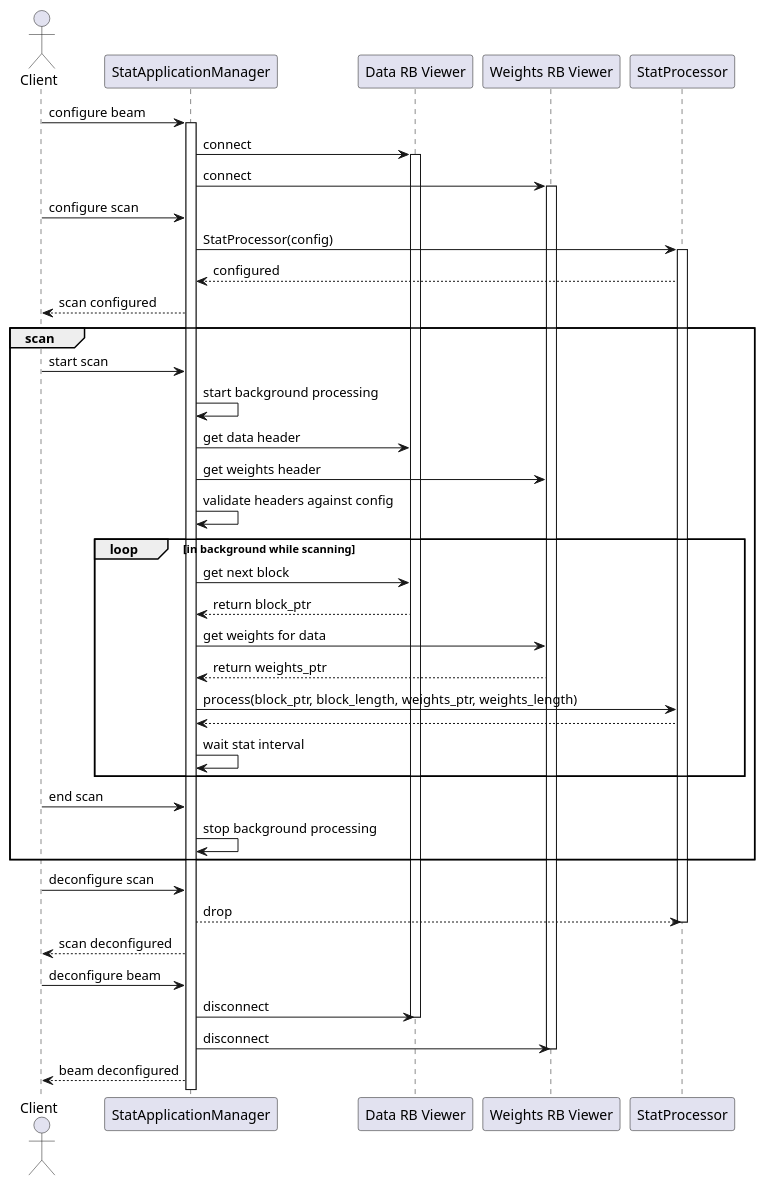
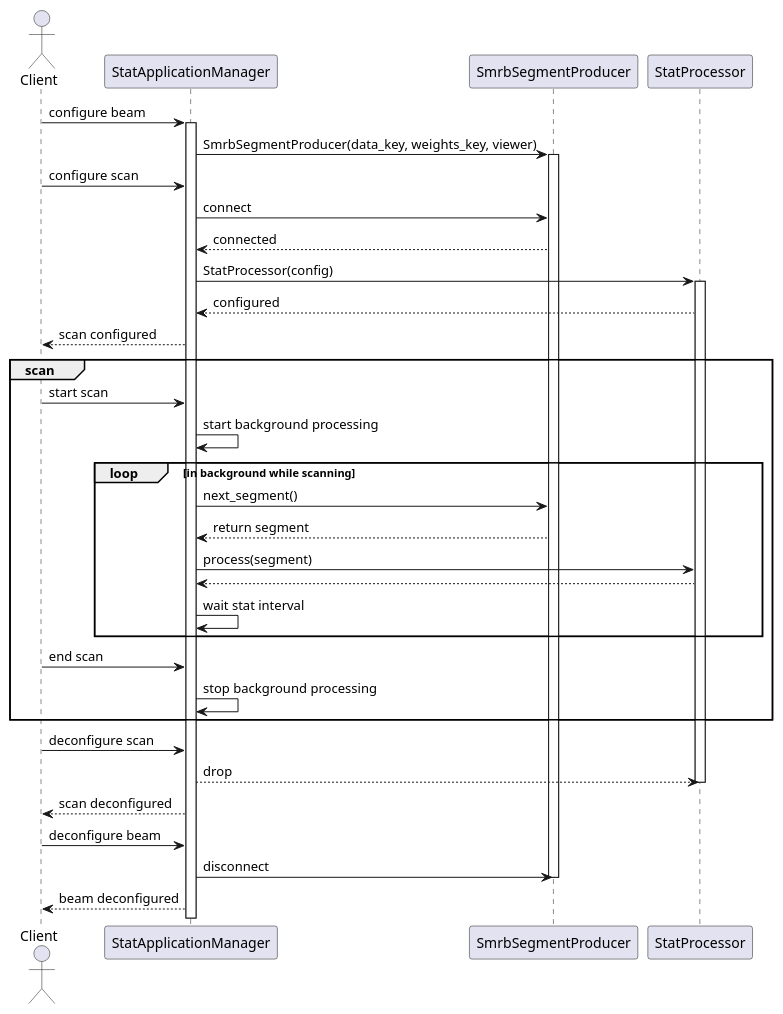
Before and after one commit to ska-telescope/ska-pst-stat: the diagram in docs/src/architecture/application_manager_seq.puml, drawn with PlantUML. The commit also changed 5 other files, not shown here.

Commit message:
AT3-420 architecture updated to use SmrbSegmentProducer

```diff
--- a/docs/src/architecture/application_manager_seq.puml
+++ b/docs/src/architecture/application_manager_seq.puml
@@ -1,42 +1,35 @@
-@startuml PST STAT Client using datablock sequence
+@startuml PST STAT Client using SmrbSegmentProducer sequence
 actor Client
 Client -> StatApplicationManager: configure beam
 activate StatApplicationManager
-StatApplicationManager -> "Data RB Viewer": connect
-activate "Data RB Viewer"
-StatApplicationManager -> "Weights RB Viewer": connect
-activate "Weights RB Viewer"
+StatApplicationManager -> SmrbSegmentProducer: SmrbSegmentProducer(data_key, weights_key, viewer)
+activate SmrbSegmentProducer
 Client -> StatApplicationManager: configure scan
+StatApplicationManager -> SmrbSegmentProducer: connect
+StatApplicationManager <-- SmrbSegmentProducer: connected
 StatApplicationManager -> StatProcessor: StatProcessor(config)
 activate StatProcessor
 StatApplicationManager <-- StatProcessor: configured
 Client <-- StatApplicationManager: scan configured
 group scan
   Client -> StatApplicationManager: start scan
   StatApplicationManager -> StatApplicationManager: start background processing
-  StatApplicationManager -> "Data RB Viewer": get data header
-  StatApplicationManager -> "Weights RB Viewer": get weights header
-  StatApplicationManager -> StatApplicationManager: validate headers against config
   loop in background while scanning
-      StatApplicationManager -> "Data RB Viewer": get next block
-      StatApplicationManager <-- "Data RB Viewer": return block_ptr
-      StatApplicationManager -> "Weights RB Viewer": get weights for data
-      StatApplicationManager <-- "Weights RB Viewer": return weights_ptr
-      StatApplicationManager -> StatProcessor: process(block_ptr, block_length, weights_ptr, weights_length)
+      StatApplicationManager -> SmrbSegmentProducer: next_segment()
+      StatApplicationManager <-- SmrbSegmentProducer: return segment
+      StatApplicationManager -> StatProcessor: process(segment)
       StatApplicationManager <-- StatProcessor
       StatApplicationManager -> StatApplicationManager: wait stat interval
   end
   Client -> StatApplicationManager: end scan
   StatApplicationManager -> StatApplicationManager: stop background processing
 end
 Client -> StatApplicationManager: deconfigure scan
 StatApplicationManager --> StatProcessor: drop
 deactivate StatProcessor
 Client <-- StatApplicationManager: scan deconfigured
 Client -> StatApplicationManager: deconfigure beam
-StatApplicationManager -> "Data RB Viewer": disconnect
-deactivate "Data RB Viewer"
-StatApplicationManager -> "Weights RB Viewer": disconnect
-deactivate "Weights RB Viewer"
+StatApplicationManager -> SmrbSegmentProducer: disconnect
+deactivate SmrbSegmentProducer
 Client <-- StatApplicationManager: beam deconfigured
 @enduml
```
